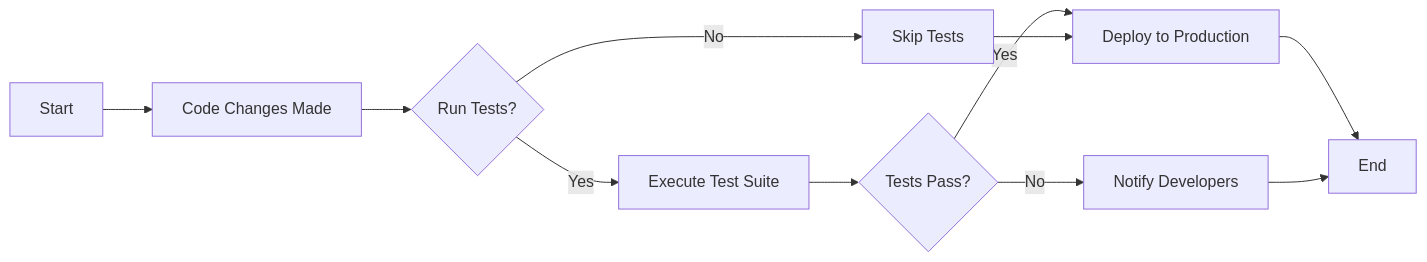
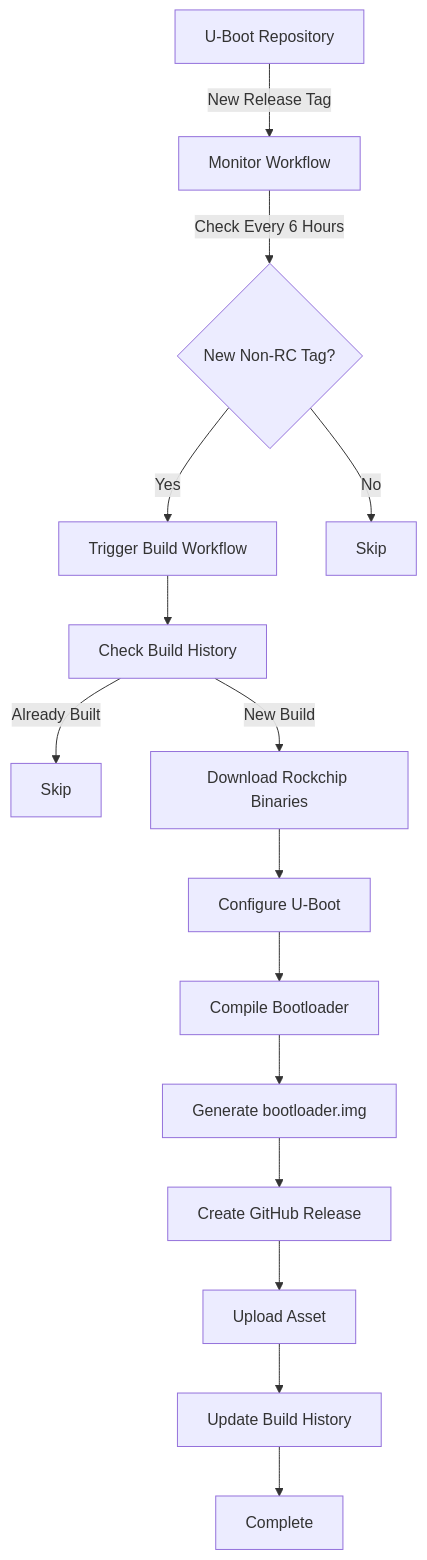
Before and after one commit to danste22/turing-rk1-bootloader: the diagram in README.md, drawn with Mermaid. The commit also changed other lines of this file and 4 other files, not shown here.

````diff
--- a/README.md
+++ b/README.md
@@ -32,13 +20,17 @@
-  ```mermaid
-  flowchart LR
-    A[Start] --> B[Code Changes Made]
-    B --> C{Run Tests?}
-    C -->|Yes| D[Execute Test Suite]
-    C -->|No| E[Skip Tests]
-    D --> F{Tests Pass?}
-    F -->|Yes| G[Deploy to Production]
-    F -->|No| H[Notify Developers]
-    E --> G
-    G --> I[End]
-    H --> I
+```mermaid
+graph TD
+    A[U-Boot Repository] -->|New Release Tag| B[Monitor Workflow]
+    B -->|Check Every 6 Hours| C{New Non-RC Tag?}
+    C -->|Yes| D[Trigger Build Workflow]
+    C -->|No| E[Skip]
+    D --> F[Check Build History]
+    F -->|Already Built| G[Skip]
+    F -->|New Build| H[Download Rockchip Binaries]
+    H --> I[Configure U-Boot]
+    I --> J[Compile Bootloader]
+    J --> K[Generate bootloader.img]
+    K --> L[Create GitHub Release]
+    L --> M[Upload Asset]
+    M --> N[Update Build History]
+    N --> O[Complete]
 ```
````
